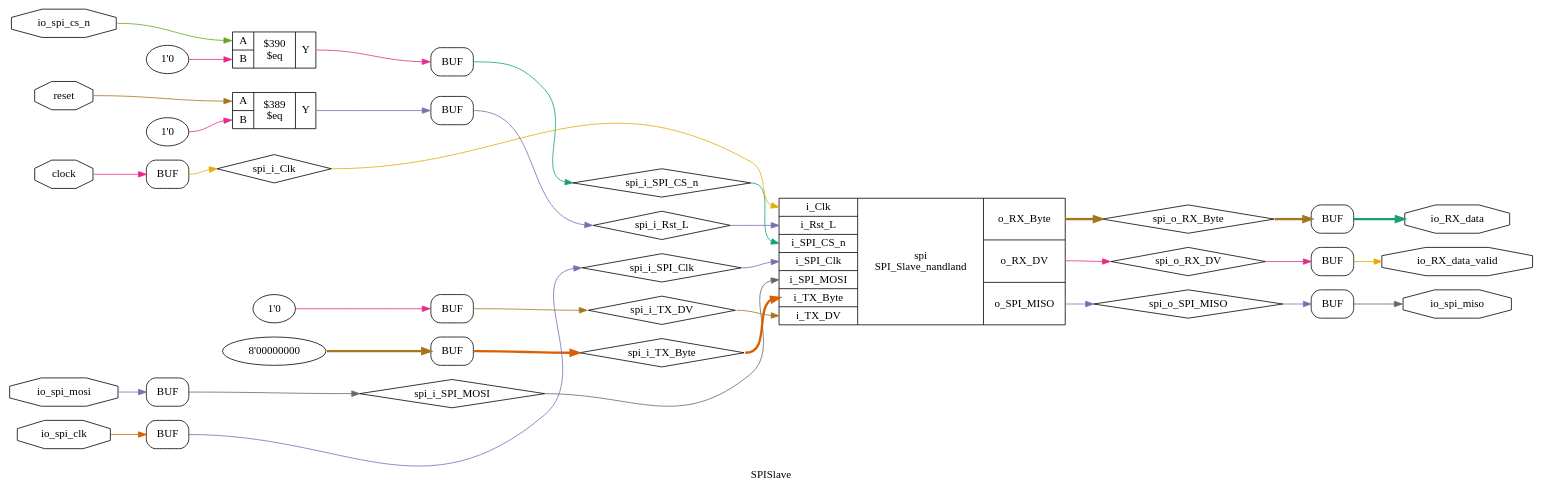
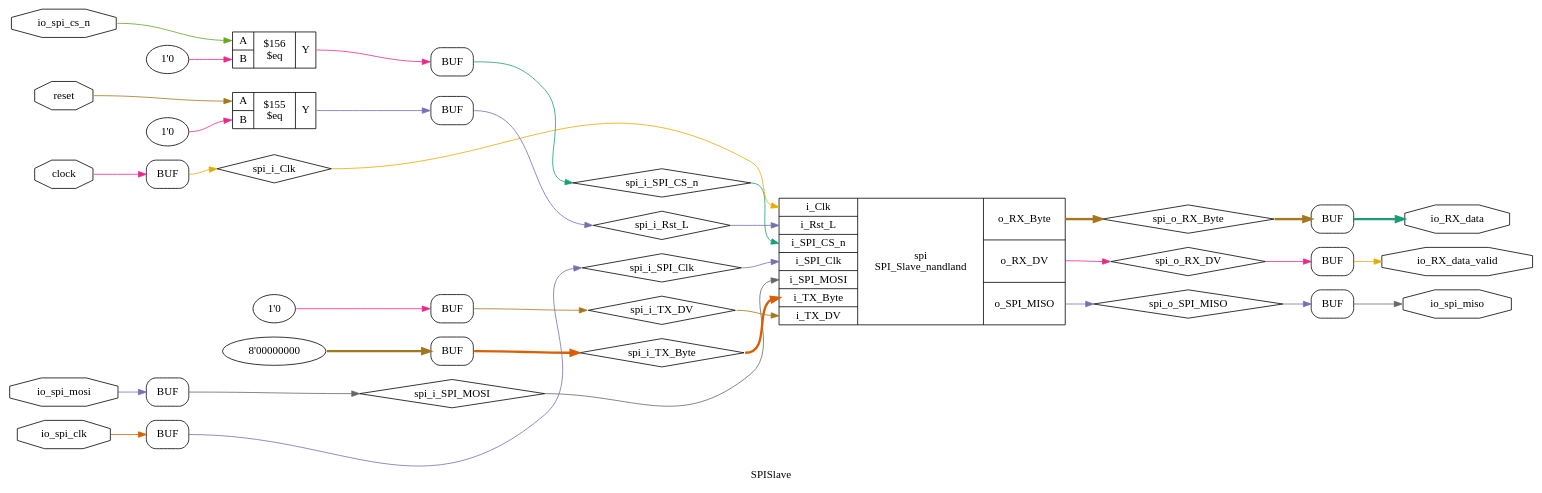
Before and after one commit to TDT4295-2019-groupA/FPGA: the diagram in graphs/yosys/SPISlave_gen.dot, drawn with Graphviz. The commit also changed 76 other files, not shown here.

Commit message:
make graphs

```diff
--- a/graphs/yosys/SPISlave_gen.dot
+++ b/graphs/yosys/SPISlave_gen.dot
@@ -1,76 +1,76 @@
 digraph "SPISlave" {
 label="SPISlave";
 rankdir="LR";
 remincross=true;
 n3 [ shape=diamond, label="spi_i_SPI_CS_n", color="black", fontcolor="black" ];
 n4 [ shape=diamond, label="spi_i_SPI_MOSI", color="black", fontcolor="black" ];
 n5 [ shape=diamond, label="spi_o_SPI_MISO", color="black", fontcolor="black" ];
 n6 [ shape=diamond, label="spi_i_SPI_Clk", color="black", fontcolor="black" ];
 n7 [ shape=diamond, label="spi_i_TX_Byte", color="black", fontcolor="black" ];
 n8 [ shape=diamond, label="spi_i_TX_DV", color="black", fontcolor="black" ];
 n9 [ shape=diamond, label="spi_o_RX_Byte", color="black", fontcolor="black" ];
 n10 [ shape=diamond, label="spi_o_RX_DV", color="black", fontcolor="black" ];
 n11 [ shape=diamond, label="spi_i_Rst_L", color="black", fontcolor="black" ];
 n12 [ shape=diamond, label="spi_i_Clk", color="black", fontcolor="black" ];
 n13 [ shape=octagon, label="io_spi_cs_n", color="black", fontcolor="black" ];
 n14 [ shape=octagon, label="io_spi_clk", color="black", fontcolor="black" ];
 n15 [ shape=octagon, label="io_spi_miso", color="black", fontcolor="black" ];
 n16 [ shape=octagon, label="io_spi_mosi", color="black", fontcolor="black" ];
 n17 [ shape=octagon, label="io_RX_data", color="black", fontcolor="black" ];
 n18 [ shape=octagon, label="io_RX_data_valid", color="black", fontcolor="black" ];
 n19 [ shape=octagon, label="reset", color="black", fontcolor="black" ];
 n20 [ shape=octagon, label="clock", color="black", fontcolor="black" ];
 { rank="source"; n13; n14; n16; n19; n20;}
 { rank="sink"; n15; n17; n18;}
 v0 [ label="1'0" ];
-c24 [ shape=record, label="{{<p21> A|<p22> B}|$390\n$eq|{<p23> Y}}" ];
+c24 [ shape=record, label="{{<p21> A|<p22> B}|$156\n$eq|{<p23> Y}}" ];
 v1 [ label="1'0" ];
-c25 [ shape=record, label="{{<p21> A|<p22> B}|$389\n$eq|{<p23> Y}}" ];
+c25 [ shape=record, label="{{<p21> A|<p22> B}|$155\n$eq|{<p23> Y}}" ];
 c36 [ shape=record, label="{{<p26> i_Clk|<p27> i_Rst_L|<p28> i_SPI_CS_n|<p29> i_SPI_Clk|<p30> i_SPI_MOSI|<p31> i_TX_Byte|<p32> i_TX_DV}|spi\nSPI_Slave_nandland|{<p33> o_RX_Byte|<p34> o_RX_DV|<p35> o_SPI_MISO}}" ];
 x2 [shape=box, style=rounded, label="BUF"];
 x3 [shape=box, style=rounded, label="BUF"];
 x4 [shape=box, style=rounded, label="BUF"];
 x5 [shape=box, style=rounded, label="BUF"];
 x6 [shape=box, style=rounded, label="BUF"];
 v7 [ label="1'0" ];
 x8 [shape=box, style=rounded, label="BUF"];
 v9 [ label="8'00000000" ];
 x10 [shape=box, style=rounded, label="BUF"];
 x11 [shape=box, style=rounded, label="BUF"];
 x12 [shape=box, style=rounded, label="BUF"];
 x13 [shape=box, style=rounded, label="BUF"];
 c24:p23:e -> x13:w:w [colorscheme="dark28", color="4", fontcolor="4", label=""];
 c36:p34:e -> n10:w [colorscheme="dark28", color="4", fontcolor="4", label=""];
 n10:e -> x2:w:w [colorscheme="dark28", color="4", fontcolor="4", label=""];
 x6:e:e -> n11:w [colorscheme="dark28", color="3", fontcolor="3", label=""];
 n11:e -> c36:p27:w [colorscheme="dark28", color="3", fontcolor="3", label=""];
 x5:e:e -> n12:w [colorscheme="dark28", color="6", fontcolor="6", label=""];
 n12:e -> c36:p26:w [colorscheme="dark28", color="6", fontcolor="6", label=""];
 n13:e -> c24:p21:w [colorscheme="dark28", color="5", fontcolor="5", label=""];
 n14:e -> x11:w:w [colorscheme="dark28", color="2", fontcolor="2", label=""];
 x4:e:e -> n15:w [colorscheme="dark28", color="8", fontcolor="8", label=""];
 n16:e -> x12:w:w [colorscheme="dark28", color="3", fontcolor="3", label=""];
 x3:e:e -> n17:w [colorscheme="dark28", color="1", fontcolor="1", style="setlinewidth(3)", label=""];
 x2:e:e -> n18:w [colorscheme="dark28", color="6", fontcolor="6", label=""];
 n19:e -> c25:p21:w [colorscheme="dark28", color="7", fontcolor="7", label=""];
 c25:p23:e -> x6:w:w [colorscheme="dark28", color="3", fontcolor="3", label=""];
 n20:e -> x5:w:w [colorscheme="dark28", color="4", fontcolor="4", label=""];
 x13:e:e -> n3:w [colorscheme="dark28", color="1", fontcolor="1", label=""];
 n3:e -> c36:p28:w [colorscheme="dark28", color="1", fontcolor="1", label=""];
 x12:e:e -> n4:w [colorscheme="dark28", color="8", fontcolor="8", label=""];
 n4:e -> c36:p30:w [colorscheme="dark28", color="8", fontcolor="8", label=""];
 c36:p35:e -> n5:w [colorscheme="dark28", color="3", fontcolor="3", label=""];
 n5:e -> x4:w:w [colorscheme="dark28", color="3", fontcolor="3", label=""];
 x11:e:e -> n6:w [colorscheme="dark28", color="3", fontcolor="3", label=""];
 n6:e -> c36:p29:w [colorscheme="dark28", color="3", fontcolor="3", label=""];
 x10:e:e -> n7:w [colorscheme="dark28", color="2", fontcolor="2", style="setlinewidth(3)", label=""];
 n7:e -> c36:p31:w [colorscheme="dark28", color="2", fontcolor="2", style="setlinewidth(3)", label=""];
 x8:e:e -> n8:w [colorscheme="dark28", color="7", fontcolor="7", label=""];
 n8:e -> c36:p32:w [colorscheme="dark28", color="7", fontcolor="7", label=""];
 c36:p33:e -> n9:w [colorscheme="dark28", color="7", fontcolor="7", style="setlinewidth(3)", label=""];
 n9:e -> x3:w:w [colorscheme="dark28", color="7", fontcolor="7", style="setlinewidth(3)", label=""];
 v0:e -> c24:p22:w [colorscheme="dark28", color="4", fontcolor="4", label=""];
 v1:e -> c25:p22:w [colorscheme="dark28", color="4", fontcolor="4", label=""];
 v7:e -> x8:w:w [colorscheme="dark28", color="4", fontcolor="4", label=""];
 v9:e -> x10:w:w [colorscheme="dark28", color="7", fontcolor="7", style="setlinewidth(3)", label=""];
 }
```
